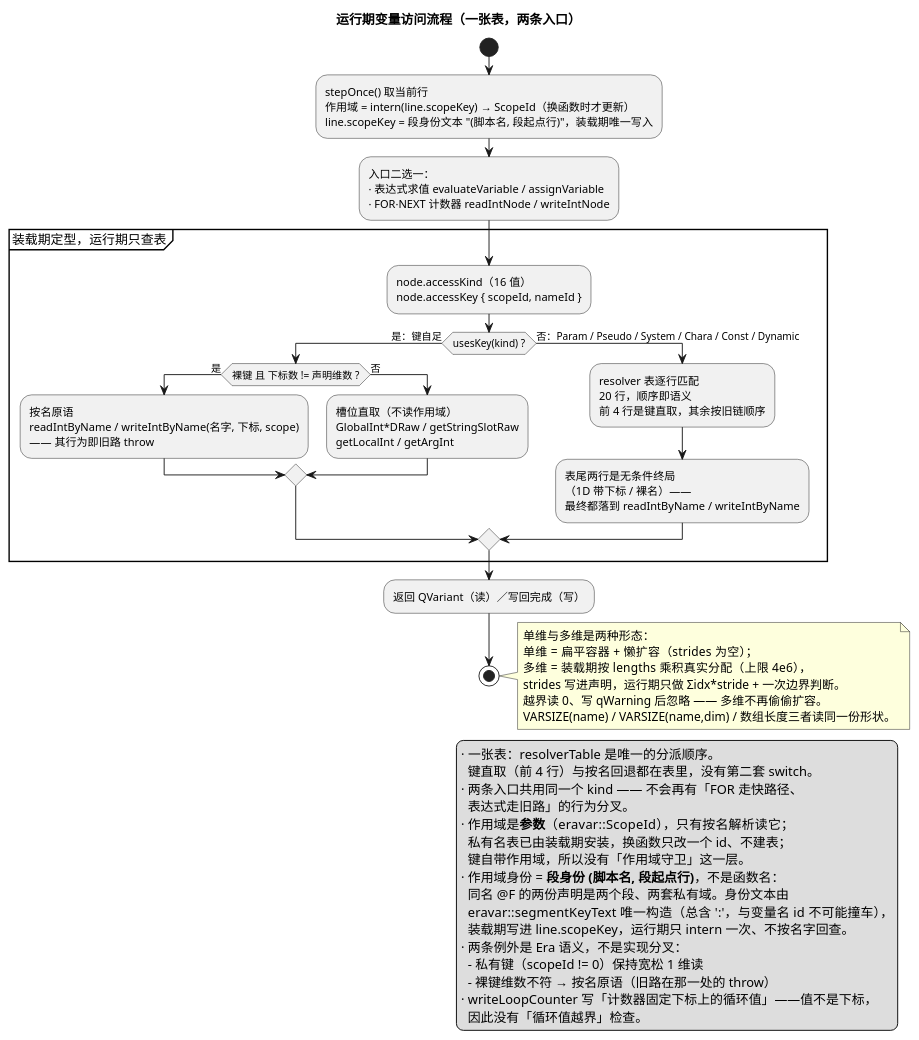
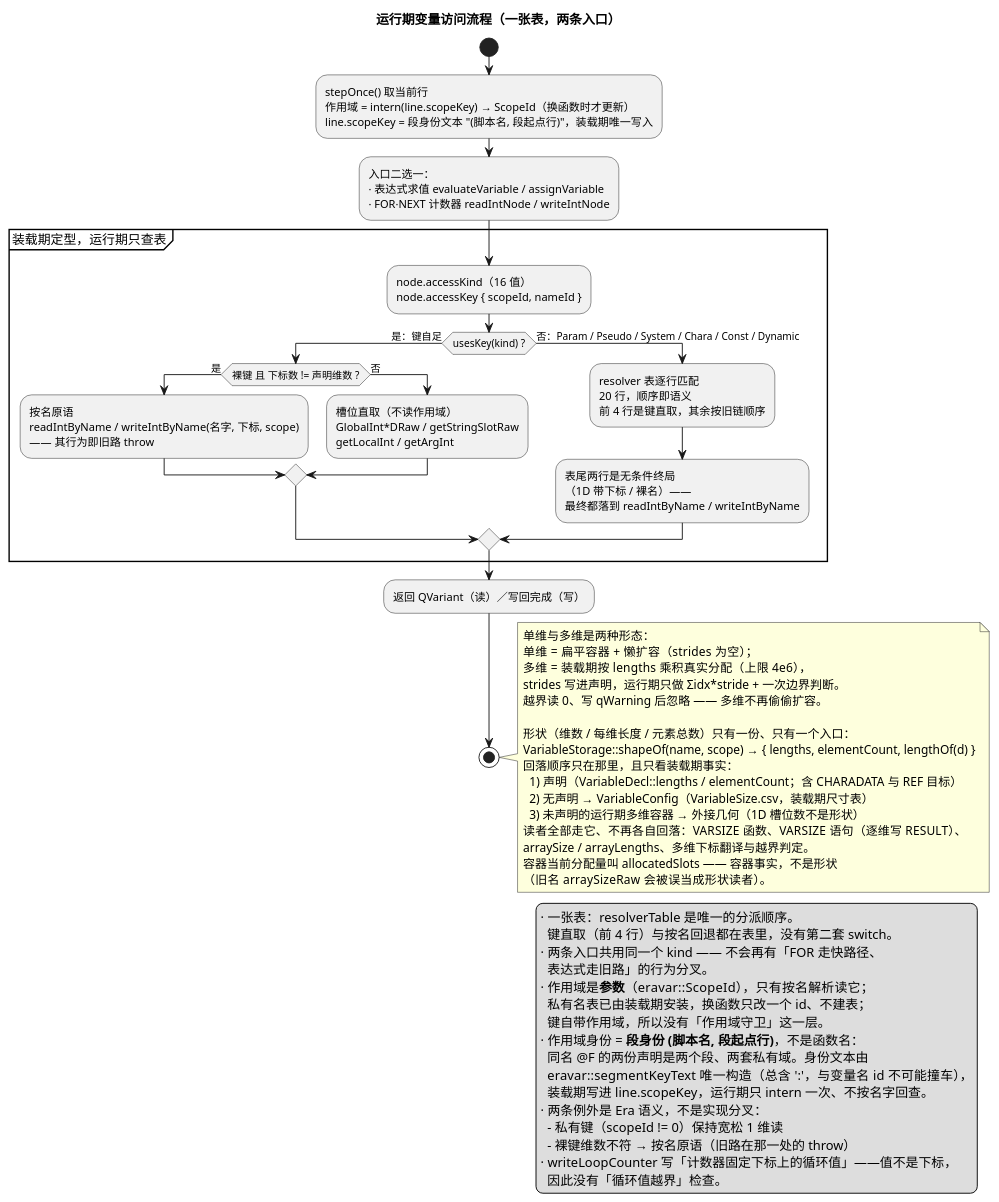
The diagram in docs/uml/05-variable-access.puml (yigekuyou/qt-eraemu), drawn with PlantUML before and after one commit. The commit also changed 2 other files, not shown here.

Commit message:
docs/uml：形状只剩一个入口（shapeOf），VARSIZE / 数组长度 / 多维几何同源
- 05-variable-access：形状（维数 / 每维长度 / 元素总数）只有
  VariableStorage::shapeOf(name, scope) 一个入口，回落顺序写成三条（声明 →
  装载期尺寸表 → 未声明多维容器外接几何）；读者清单列全（VARSIZE 函数 /
  VARSIZE 语句 / arraySize / arrayLengths / 下标翻译与越界）；容器分配量
  allocatedSlots 明确「不是形状」。
- 03-expression-classes：VariableStorage 增 shapeOf / allocatedSlots，
  note 点明形状是装载期事实。
- README：单维/多维那条口径换成「形状只有一份、一个入口」，并把旧实现的
  三处分歧（3D 恒 0 / 越界维回落首维 / CHARADATA 恒 0）记在案；
  LoadContext 字段数 12 → 11（与 01-load-classes 对齐）；累计重构 31、
  ctest 48 → 60（新增 test_array_shape）。

```diff
--- a/docs/uml/05-variable-access.puml
+++ b/docs/uml/05-variable-access.puml
@@ -1,69 +1,79 @@
 @startuml 05-variable-access
 ' 无 graphviz(dot) 时用 PlantUML 内置 smetana 布局引擎
 !pragma layout smetana
 ' 竖直排列 if/elseif，避免横向漂移（旧版本忽略此行也能渲染）
 !pragma useVerticalIf on
 ' emuera —— 运行期变量访问：两条入口 → 一张表 → 唯一按名原语
 ' 渲染：plantuml -tpng docs/uml/05-variable-access.puml
 title 运行期变量访问流程（一张表，两条入口）
 
 start
 :stepOnce() 取当前行
 作用域 = intern(line.scopeKey) → ScopeId（换函数时才更新）
 line.scopeKey = 段身份文本 "(脚本名, 段起点行)"，装载期唯一写入;
 :入口二选一：
 · 表达式求值 evaluateVariable / assignVariable
 · FOR·NEXT 计数器 readIntNode / writeIntNode;
 
 partition "装载期定型，运行期只查表" {
   :node.accessKind（16 值）
   node.accessKey { scopeId, nameId };
   if (usesKey(kind) ?) then (是：键自足)
     if (裸键 且 下标数 != 声明维数 ?) then (是)
       :按名原语
       readIntByName / writeIntByName(名字, 下标, scope)
       —— 其行为即旧路 throw;
     else (否)
       :槽位直取（不读作用域）
       GlobalInt*DRaw / getStringSlotRaw
       getLocalInt / getArgInt;
     endif
   else (否：Param / Pseudo / System / Chara / Const / Dynamic)
     :resolver 表逐行匹配
     20 行，顺序即语义
     前 4 行是键直取，其余按旧链顺序;
     :表尾两行是无条件终局
     （1D 带下标 / 裸名）——
     最终都落到 readIntByName / writeIntByName;
   endif
 }
 :返回 QVariant（读）／写回完成（写）;
 stop
 
 legend right
   · 一张表：resolverTable 是唯一的分派顺序。
     键直取（前 4 行）与按名回退都在表里，没有第二套 switch。
   · 两条入口共用同一个 kind —— 不会再有「FOR 走快路径、
     表达式走旧路」的行为分叉。
   · 作用域是**参数**（eravar::ScopeId），只有按名解析读它；
     私有名表已由装载期安装，换函数只改一个 id、不建表；
     键自带作用域，所以没有「作用域守卫」这一层。
   · 作用域身份 = **段身份 (脚本名, 段起点行)**，不是函数名：
     同名 @F 的两份声明是两个段、两套私有域。身份文本由
     eravar::segmentKeyText 唯一构造（总含 ':'，与变量名 id 不可能撞车），
     装载期写进 line.scopeKey，运行期只 intern 一次、不按名字回查。
   · 两条例外是 Era 语义，不是实现分叉：
     - 私有键（scopeId != 0）保持宽松 1 维读
     - 裸键维数不符 → 按名原语（旧路在那一处的 throw）
   · writeLoopCounter 写「计数器固定下标上的循环值」——值不是下标，
     因此没有「循环值越界」检查。
 endlegend
 note right
   单维与多维是两种形态：
   单维 = 扁平容器 + 懒扩容（strides 为空）；
   多维 = 装载期按 lengths 乘积真实分配（上限 4e6），
   strides 写进声明，运行期只做 Σidx*stride + 一次边界判断。
   越界读 0、写 qWarning 后忽略 —— 多维不再偷偷扩容。
-  VARSIZE(name) / VARSIZE(name,dim) / 数组长度三者读同一份形状。
+
+  形状（维数 / 每维长度 / 元素总数）只有一份、只有一个入口：
+  VariableStorage::shapeOf(name, scope) → { lengths, elementCount, lengthOf(d) }
+  回落顺序只在那里，且只看装载期事实：
+    1) 声明（VariableDecl::lengths / elementCount；含 CHARADATA 与 REF 目标）
+    2) 无声明 → VariableConfig（VariableSize.csv，装载期尺寸表）
+    3) 未声明的运行期多维容器 → 外接几何（1D 槽位数不是形状）
+  读者全部走它、不再各自回落：VARSIZE 函数、VARSIZE 语句（逐维写 RESULT）、
+  arraySize / arrayLengths、多维下标翻译与越界判定。
+  容器当前分配量叫 allocatedSlots —— 容器事实，不是形状
+  （旧名 arraySizeRaw 会被误当成形状读者）。
 end note
 @enduml
```
